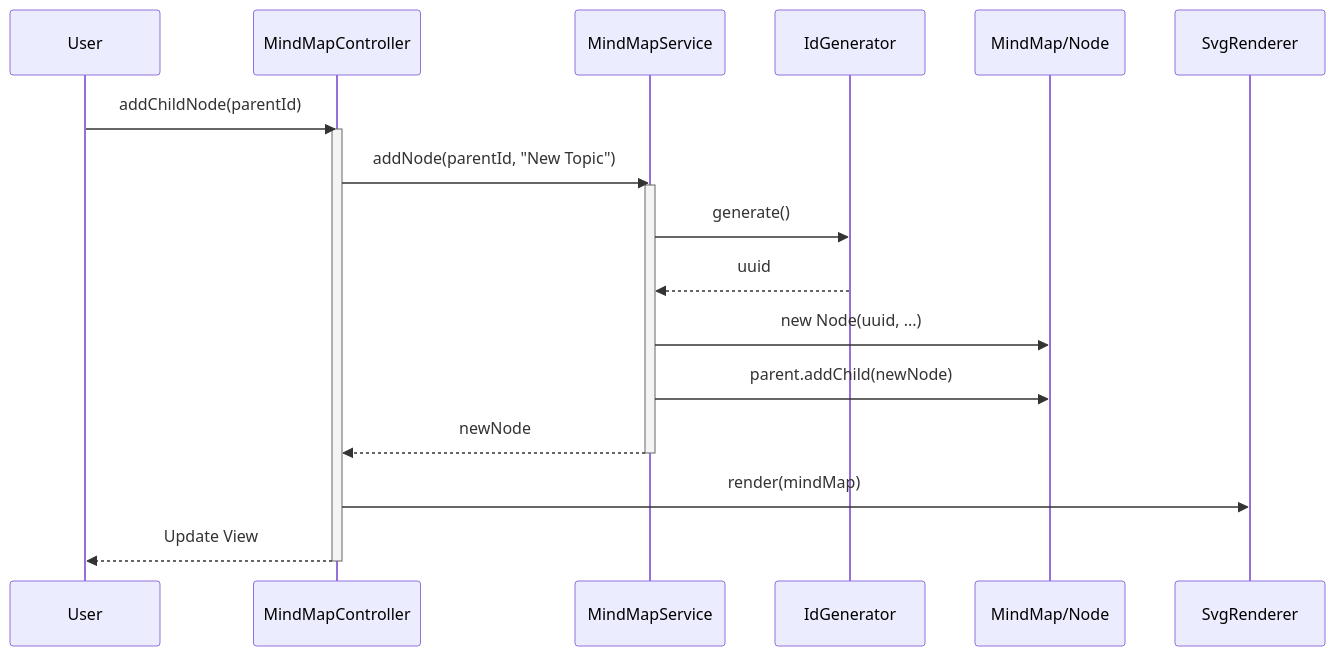
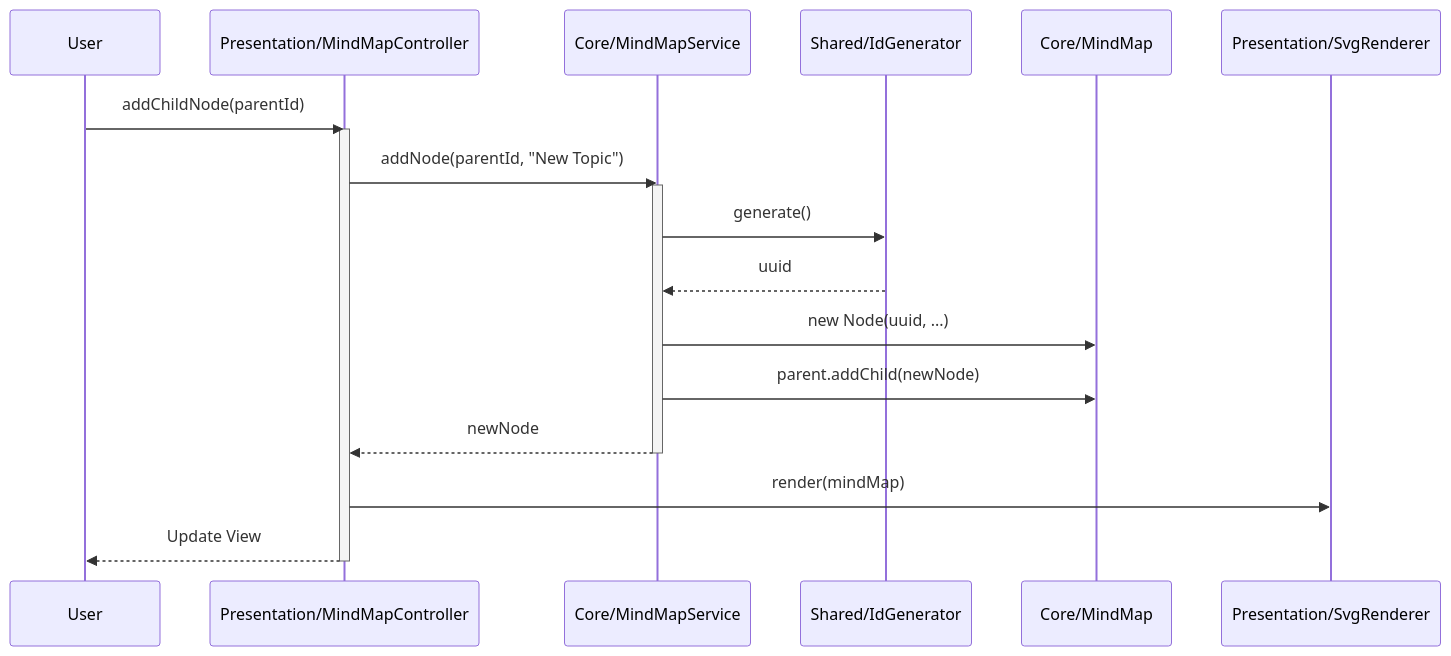
One commit to hiroooo000/kakidash changed the third of 6 diagrams in docs/SOFTWARE_ARCHITECTURE.md. Above: the diagram before and after it, drawn with Mermaid. The commit also changed other lines of this file and 6 other files, not shown here.

Commit message:
docs: update architecture documentation and diagrams for Package by Feature

````diff
--- a/docs/SOFTWARE_ARCHITECTURE.md
+++ b/docs/SOFTWARE_ARCHITECTURE.md
@@ -254,28 +193,28 @@
 ```mermaid
 sequenceDiagram
     participant User
-    participant Controller as MindMapController
-    participant Service as MindMapService
-    participant IdGen as IdGenerator
-    participant Entity as MindMap/Node
-    participant Renderer as SvgRenderer
+    participant Controller as Presentation/MindMapController
+    participant Service as Core/MindMapService
+    participant IdGen as Shared/IdGenerator
+    participant Entity as Core/MindMap
+    participant Renderer as Presentation/SvgRenderer
 
     User->>Controller: addChildNode(parentId)
     activate Controller
 
     Controller->>Service: addNode(parentId, "New Topic")
     activate Service
 
     Service->>IdGen: generate()
     IdGen-->>Service: uuid
 
     Service->>Entity: new Node(uuid, ...)
     Service->>Entity: parent.addChild(newNode)
 
     Service-->>Controller: newNode
     deactivate Service
 
     Controller->>Renderer: render(mindMap)
     Controller-->>User: Update View
     deactivate Controller
 ```
````
